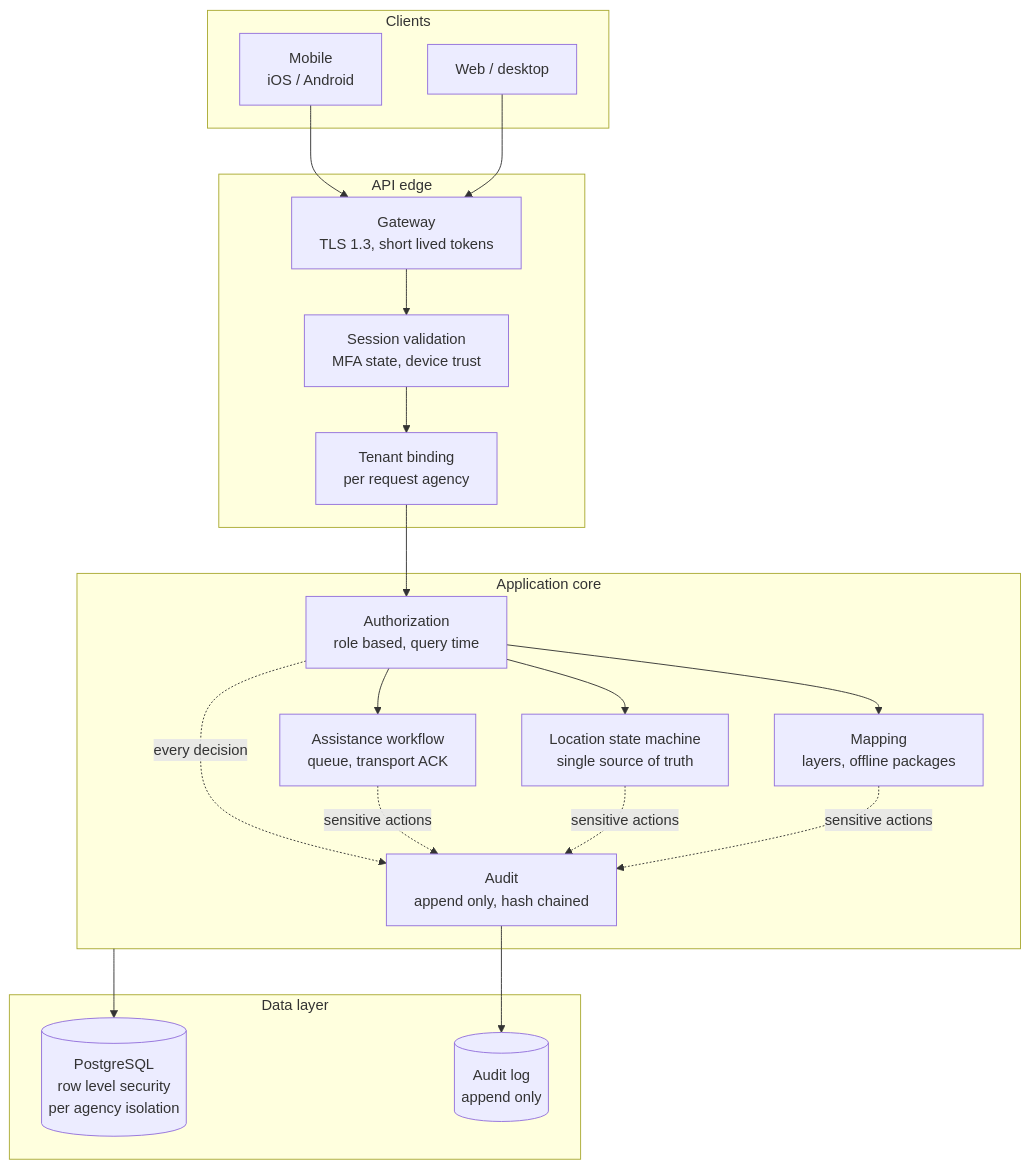
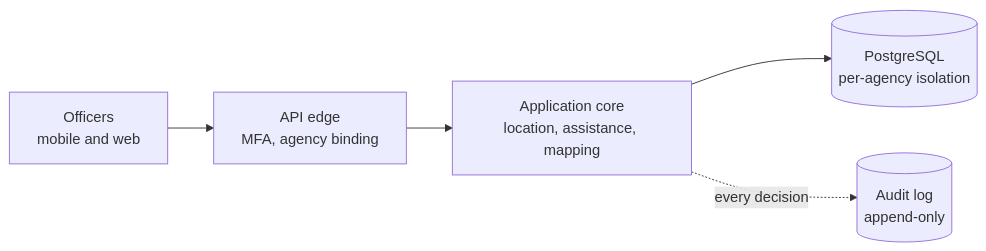
One commit to hatchet11/omega-field-command-docs changed the diagram in README.md. Above: the diagram before and after it, drawn with Mermaid. The commit also changed other lines of this file and 4 other files, not shown here.

````diff
--- a/README.md
+++ b/README.md
@@ -74,35 +62,7 @@
 ```mermaid
-flowchart TB
-    subgraph Clients
-        MOB["Mobile<br/>iOS / Android"]
-        WEB["Web / desktop"]
-    end
-
-    subgraph Edge["API edge"]
-        GW["Gateway<br/>TLS 1.3, short lived tokens"]
-        SESS["Session validation<br/>MFA state, device trust"]
-        TEN["Tenant binding<br/>per request agency"]
-    end
-
-    subgraph Core["Application core"]
-        AUTHZ["Authorization<br/>role based, query time"]
-        AUD["Audit<br/>append only, hash chained"]
-        FSM["Location state machine<br/>single source of truth"]
-        ASSIST["Assistance workflow<br/>queue, transport ACK"]
-        GIS["Mapping<br/>layers, offline packages"]
-    end
-
-    subgraph Data["Data layer"]
-        PG[("PostgreSQL<br/>row level security<br/>per agency isolation")]
-        AUDLOG[("Audit log<br/>append only")]
-    end
-
-    MOB --> GW
-    WEB --> GW
-    GW --> SESS --> TEN --> AUTHZ
-    AUTHZ --> ASSIST & FSM & GIS
-    AUTHZ -. every decision .-> AUD
-    ASSIST & FSM & GIS -. sensitive actions .-> AUD
-    AUD --> AUDLOG
-    Core --> PG
+flowchart LR
+    C["Officers<br/>mobile and web"] --> E["API edge<br/>MFA, agency binding"]
+    E --> A["Application core<br/>location, assistance, mapping"]
+    A --> D[("PostgreSQL<br/>per-agency isolation")]
+    A -. every decision .-> L[("Audit log<br/>append-only")]
 ```
````
